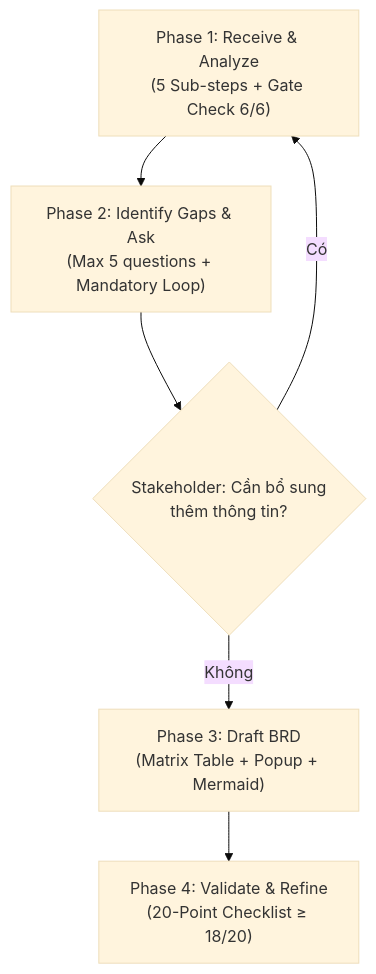
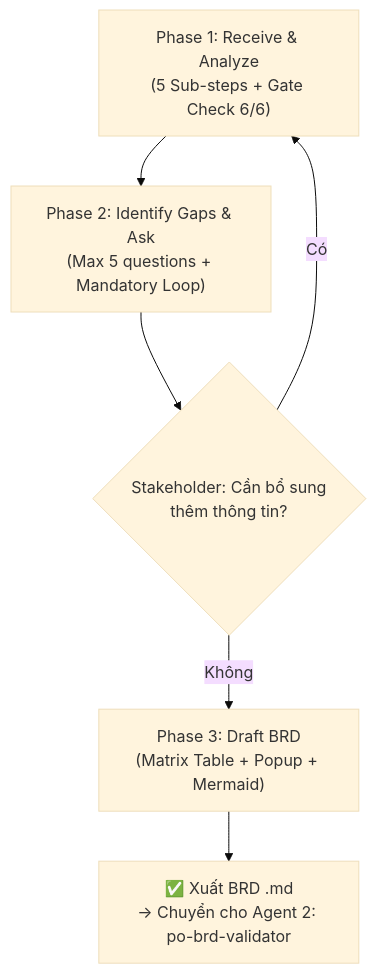
The diagram in Guides/po_brd_creator_skill.md (jacksparrbin/AI-Agents-BRD-), drawn with Mermaid (base theme) before and after one commit. The commit also changed other lines of this file and 5 other files, not shown here.

Commit message:
feat: update to 3-Agent Multi-Agent pipeline, upgrade VietQR BRD to Ver 2.1 & generate styled UAT excel test suite

````diff
--- a/Guides/po_brd_creator_skill.md
+++ b/Guides/po_brd_creator_skill.md
@@ -38,8 +52,8 @@
 ```mermaid
 graph TD
     A["Phase 1: Receive & Analyze<br/>(5 Sub-steps + Gate Check 6/6)"] --> B["Phase 2: Identify Gaps & Ask<br/>(Max 5 questions + Mandatory Loop)"]
     B --> C{"Stakeholder: Cần bổ sung<br/>thêm thông tin?"}
     C -- "Có" --> A
     C -- "Không" --> D["Phase 3: Draft BRD<br/>(Matrix Table + Popup + Mermaid)"]
-    D --> E["Phase 4: Validate & Refine<br/>(20-Point Checklist ≥ 18/20)"]
+    D --> E["✅ Xuất BRD .md<br/>→ Chuyển cho Agent 2: po-brd-validator"]
 ```
````
